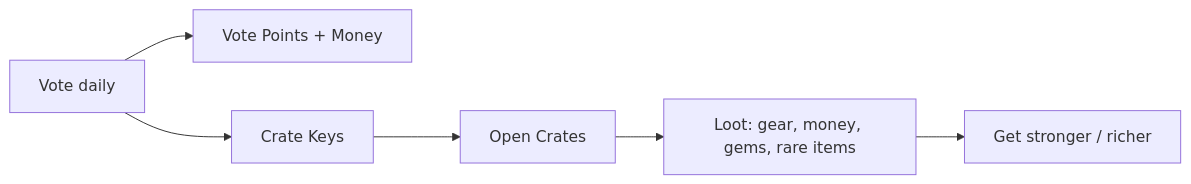
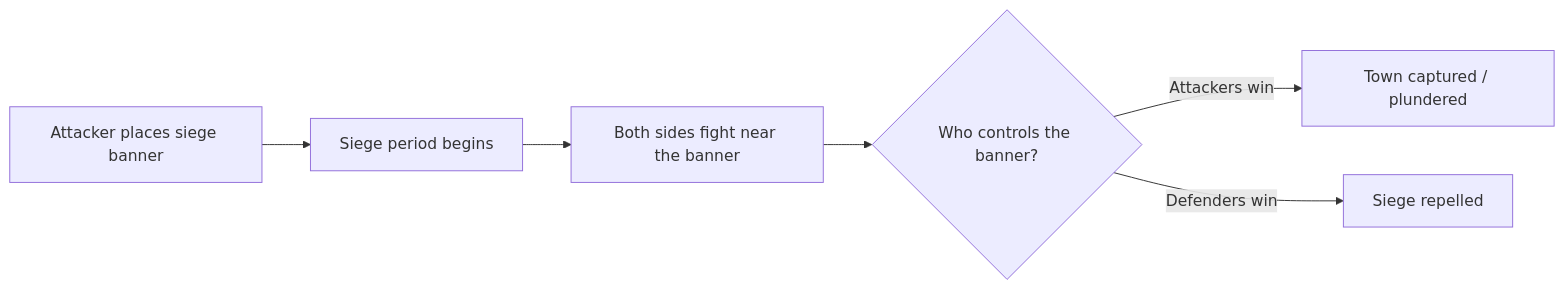
One commit to AntiS0ul/townify-docs changed the diagram in index (5).md. Above: the diagram before and after it, drawn with Mermaid. The commit also changed other lines of this file and 20 other files, not shown here.

````diff
--- a/index (5).md
+++ b/index (5).md
@@ -23,8 +16,8 @@
 ```mermaid
 graph LR
-    V[Vote daily] --> P[Vote Points + Money]
-    V --> K[Crate Keys]
-    K --> C[Open Crates]
-    C --> L[Loot: gear, money, gems, rare items]
-    L --> G[Get stronger / richer]
+    A[Attacker places siege banner] --> B[Siege period begins]
+    B --> C[Both sides fight near the banner]
+    C --> D{Who controls the banner?}
+    D -->|Attackers win| E[Town captured / plundered]
+    D -->|Defenders win| F[Siege repelled]
 ```
````
